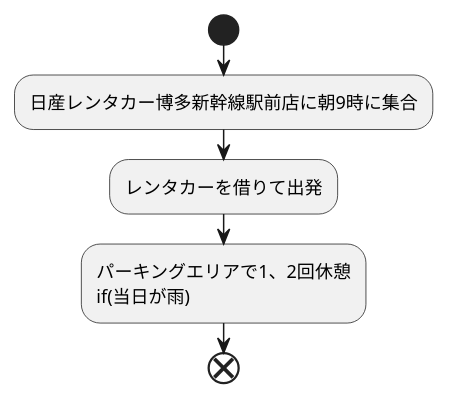
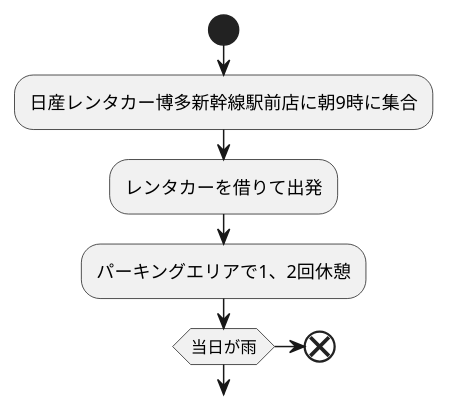
The diagram in trip.md (Aso2001369/2021sys-design), drawn with PlantUML before and after one commit.

````diff
--- a/trip.md
+++ b/trip.md
@@ -1,11 +1,11 @@
 ```uml
 @startuml
 start
 
 :日産レンタカー博多新幹線駅前店に朝9時に集合;
 :レンタカーを借りて出発;
-:パーキングエリアで1、2回休憩
+:パーキングエリアで1、2回休憩;
 if(当日が雨);
 end
 @enduml
 ```
````
